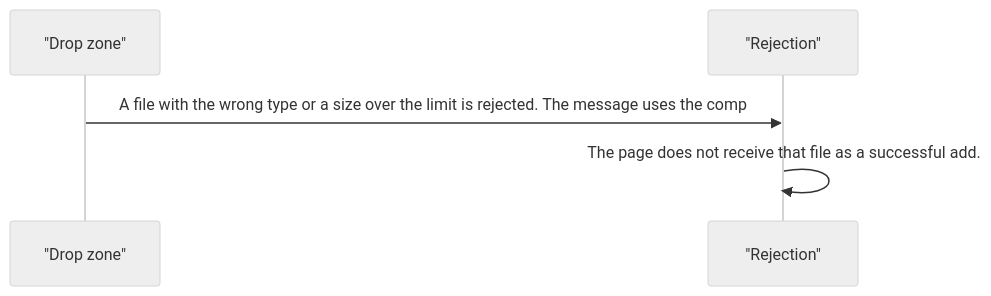
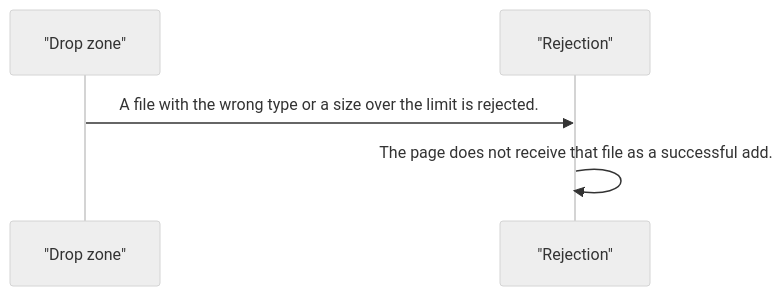
Before and after one commit to RajshekharBorate/pixel-ui: the third of 3 diagrams in projects/pixel-ui/src/lib/pixel-file-upload/DESIGN.md, drawn with Mermaid (neutral theme). The commit also changed other lines of this file and 80 other files, not shown here.

Commit message:
Fill missing design flows and correct the stories that did not match component behavior.

````diff
--- a/projects/pixel-ui/src/lib/pixel-file-upload/DESIGN.md
+++ b/projects/pixel-ui/src/lib/pixel-file-upload/DESIGN.md
@@ -62,7 +62,7 @@
 ```mermaid
 sequenceDiagram
   participant zone as "Drop zone"
   participant error as "Rejection"
-  zone->>error: A file with the wrong type or a size over the limit is rejected. The message uses the comp
+  zone->>error: A file with the wrong type or a size over the limit is rejected.
   error->>error: The page does not receive that file as a successful add.
 ```
````
